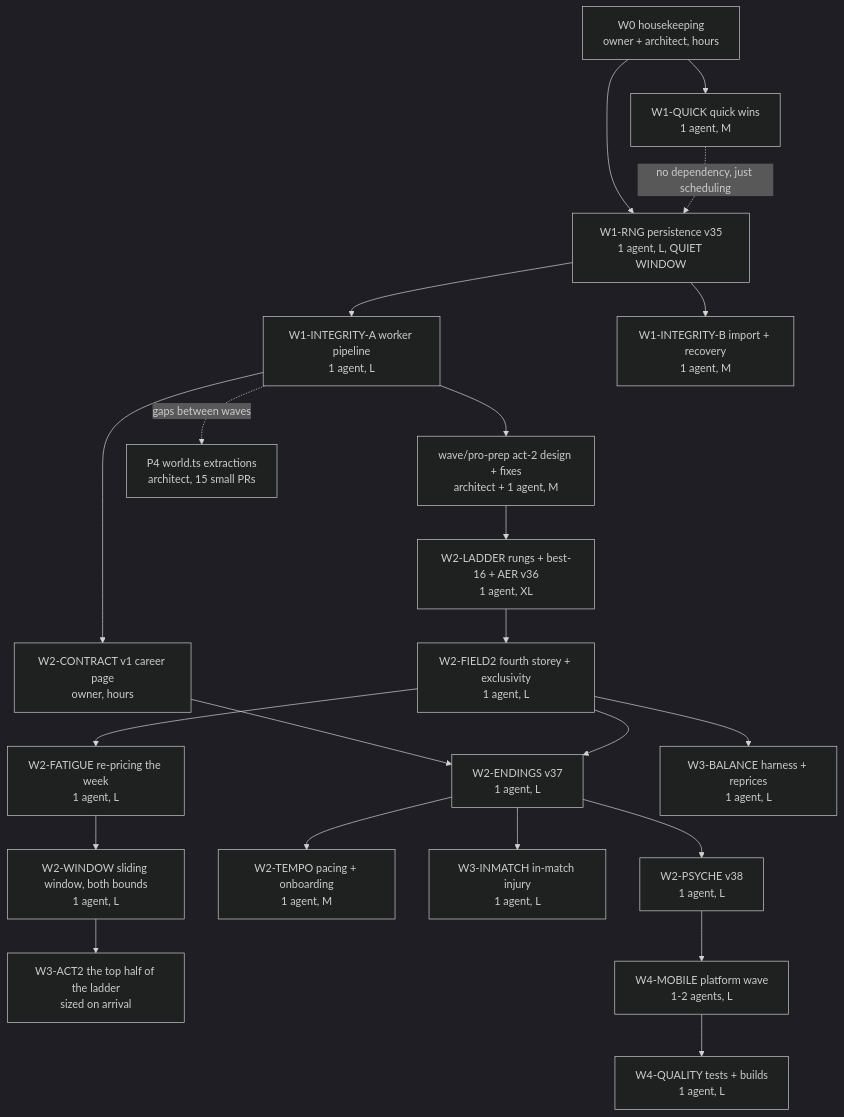
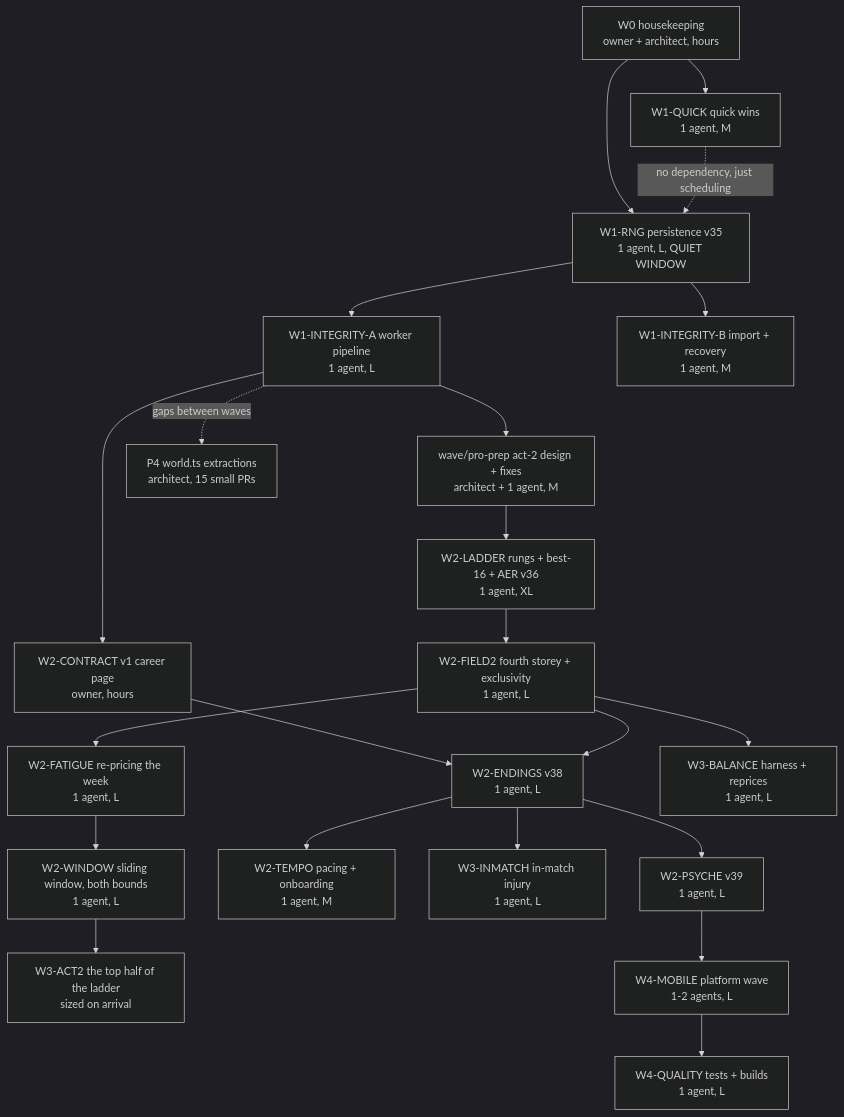
Before and after one commit to letulip/ties-break: the diagram in docs/plans/launch-plan-2026-08.md, drawn with Mermaid (dark theme). The commit also changed other lines of this file, not shown here.

````diff
--- a/docs/plans/launch-plan-2026-08.md
+++ b/docs/plans/launch-plan-2026-08.md
@@ -43,24 +43,24 @@
 ```mermaid
 flowchart TD
   W0[W0 housekeeping<br/>owner + architect, hours] --> W1Q[W1-QUICK quick wins<br/>1 agent, M]
   W0 --> W1R[W1-RNG persistence v35<br/>1 agent, L, QUIET WINDOW]
   W1R --> W1A[W1-INTEGRITY-A worker pipeline<br/>1 agent, L]
   W1R --> W1B[W1-INTEGRITY-B import + recovery<br/>1 agent, M]
   W1Q -.no dependency, just scheduling.-> W1R
   W1A --> WPP[wave/pro-prep act-2 design + fixes<br/>architect + 1 agent, M]
   WPP --> W2L[W2-LADDER rungs + best-16 + AER v36<br/>1 agent, XL]
   W2L --> W2F2[W2-FIELD2 fourth storey + exclusivity<br/>1 agent, L]
   W1A --> W2C[W2-CONTRACT v1 career page<br/>owner, hours]
-  W2C --> W2E[W2-ENDINGS v37<br/>1 agent, L]
+  W2C --> W2E[W2-ENDINGS v38<br/>1 agent, L]
   W2F2 --> W2E
-  W2E --> W2P[W2-PSYCHE v38<br/>1 agent, L]
+  W2E --> W2P[W2-PSYCHE v39<br/>1 agent, L]
   W2E --> W2T[W2-TEMPO pacing + onboarding<br/>1 agent, M]
   W2E --> W3I[W3-INMATCH in-match injury<br/>1 agent, L]
   W2F2 --> W2FA[W2-FATIGUE re-pricing the week<br/>1 agent, L]
   W2FA --> W2W[W2-WINDOW sliding window, both bounds<br/>1 agent, L]
   W2W --> W3A[W3-ACT2 the top half of the ladder<br/>sized on arrival]
   W2F2 --> W3B[W3-BALANCE harness + reprices<br/>1 agent, L]
   W2P --> W4M[W4-MOBILE platform wave<br/>1-2 agents, L]
   W4M --> W4Q[W4-QUALITY tests + builds<br/>1 agent, L]
   W1A -.gaps between waves.-> P4[P4 world.ts extractions<br/>architect, 15 small PRs]
 ```
````
